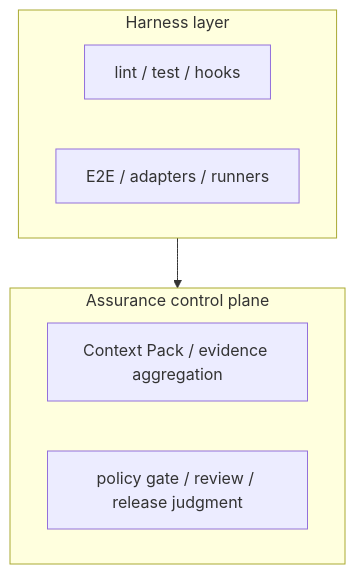
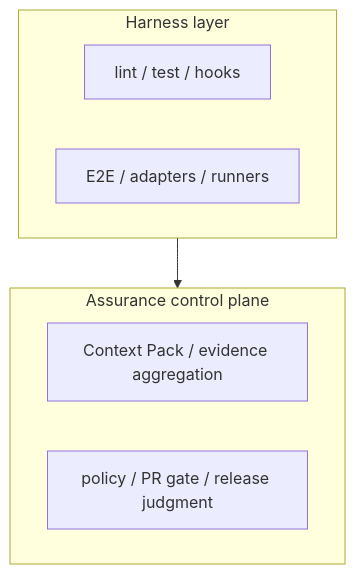
The diagram in docs/product/ASSURANCE-CONTROL-PLANE.md (itdojp/ae-framework), drawn with Mermaid before and after one commit. The commit also changed other lines of this file and 1 other file, not shown here.

Commit message:
docs(product): sync current gate baseline wording

````diff
--- a/docs/product/ASSURANCE-CONTROL-PLANE.md
+++ b/docs/product/ASSURANCE-CONTROL-PLANE.md
@@ -73,12 +73,12 @@
 ```mermaid
 flowchart TB
   subgraph H[Harness layer]
     H1[lint / test / hooks]
     H2[E2E / adapters / runners]
   end
   subgraph C[Assurance control plane]
     C1[Context Pack / evidence aggregation]
-    C2[policy gate / review / release judgment]
+    C2[policy / PR gate / release judgment]
   end
   H --> C
 ```
````
